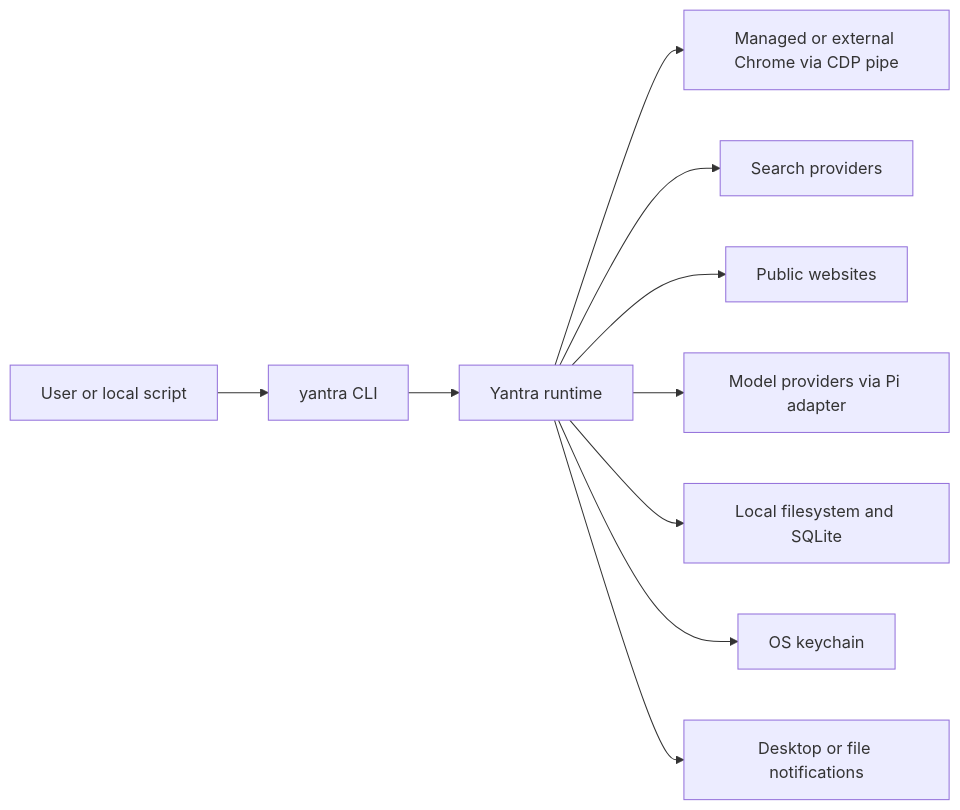
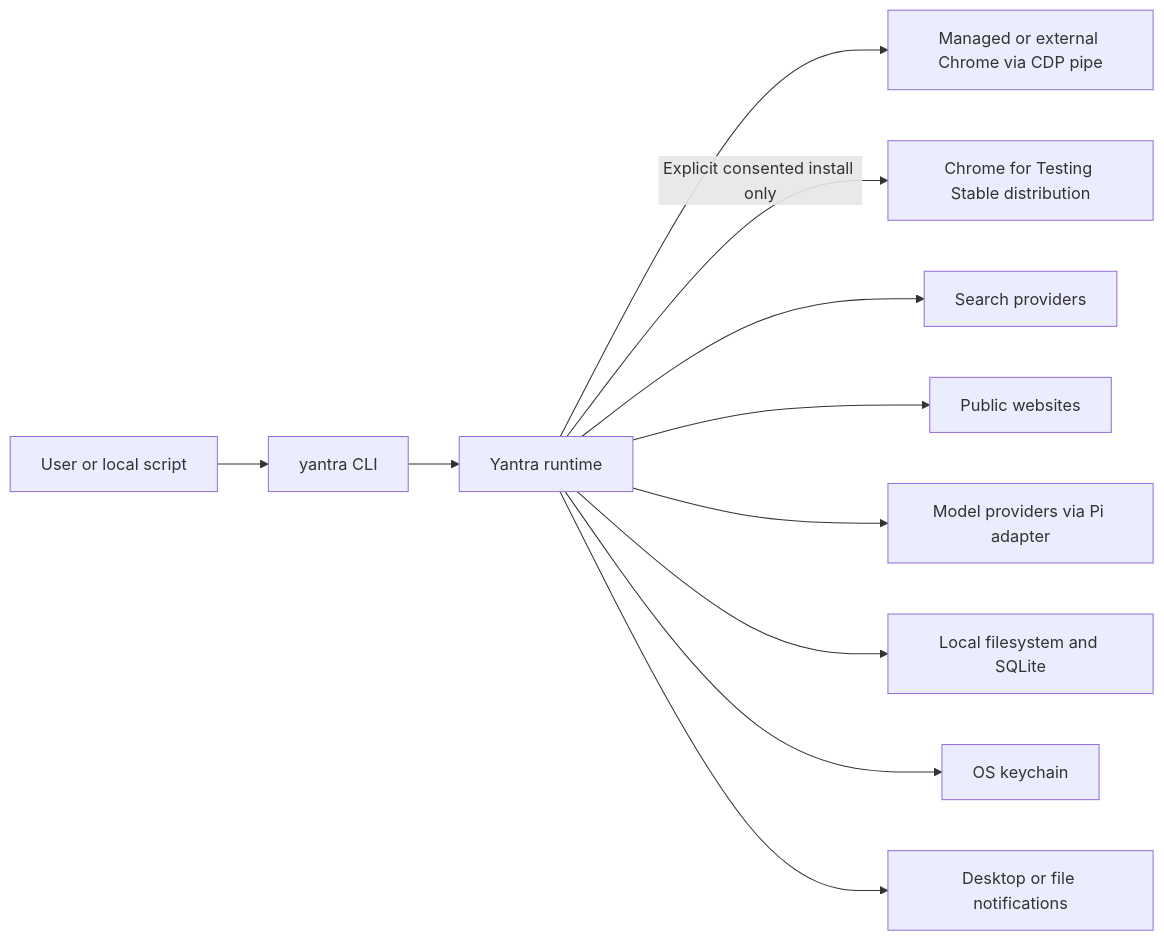
One commit to abranjith/yantra changed the first of 19 diagrams in docs/architecture.md. Above: the diagram before and after it, drawn with Mermaid. The commit also changed other lines of this file and 47 other files, not shown here.

````diff
--- a/docs/architecture.md
+++ b/docs/architecture.md
@@ -35,12 +37,13 @@
 ```mermaid
 flowchart LR
   User[User or local script] --> CLI[yantra CLI]
   CLI --> Runtime[Yantra runtime]
   Runtime --> Chrome[Managed or external Chrome via CDP pipe]
+  Runtime -->|Explicit consented install only| CfT[Chrome for Testing Stable distribution]
   Runtime --> Search[Search providers]
   Runtime --> Web[Public websites]
   Runtime --> Models[Model providers via Pi adapter]
   Runtime --> Local[Local filesystem and SQLite]
   Runtime --> Keychain[OS keychain]
   Runtime --> Notify[Desktop or file notifications]
 ```
````
